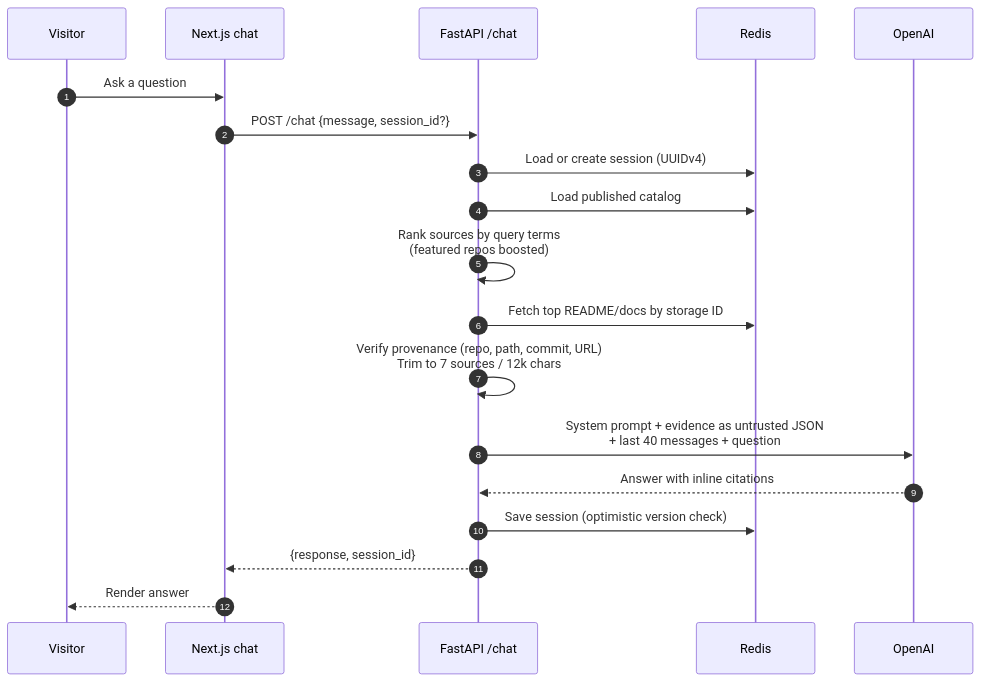
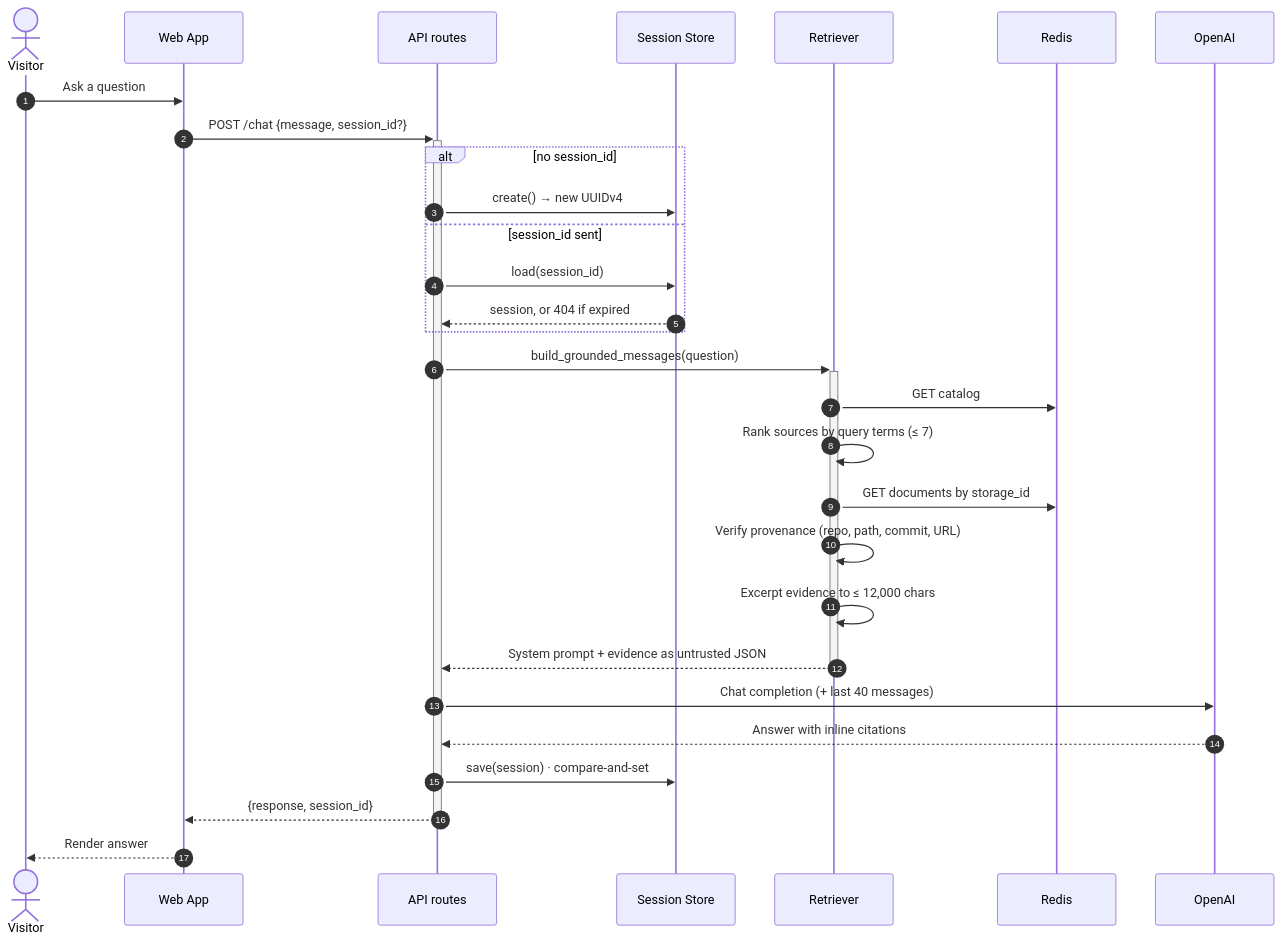
The fourth of 7 diagrams in README.md (Uzu-mak/digital-twin), drawn with Mermaid before and after one commit. The commit also changed other lines of this file, not shown here.

First line of the commit message:
Redraw README diagrams with C4 and UML conventions

````diff
--- a/README.md
+++ b/README.md
@@ -158,22 +234,32 @@
 ```mermaid
 sequenceDiagram
     autonumber
-    participant U as Visitor
-    participant FE as Next.js chat
-    participant API as FastAPI /chat
-    participant R as Redis
+    actor V as Visitor
+    participant W as Web App
+    participant A as API routes
+    participant S as Session Store
+    participant R as Retriever
+    participant D as Redis
     participant L as OpenAI
 
-    U->>FE: Ask a question
-    FE->>API: POST /chat {message, session_id?}
-    API->>R: Load or create session (UUIDv4)
-    API->>R: Load published catalog
-    API->>API: Rank sources by query terms<br/>(featured repos boosted)
-    API->>R: Fetch top README/docs by storage ID
-    API->>API: Verify provenance (repo, path, commit, URL)<br/>Trim to 7 sources / 12k chars
-    API->>L: System prompt + evidence as untrusted JSON<br/>+ last 40 messages + question
-    L-->>API: Answer with inline citations
-    API->>R: Save session (optimistic version check)
-    API-->>FE: {response, session_id}
-    FE-->>U: Render answer
+    V->>W: Ask a question
+    W->>+A: POST /chat {message, session_id?}
+    alt no session_id
+        A->>S: create() → new UUIDv4
+    else session_id sent
+        A->>S: load(session_id)
+        S-->>A: session, or 404 if expired
+    end
+    A->>+R: build_grounded_messages(question)
+    R->>D: GET catalog
+    R->>R: Rank sources by query terms (≤ 7)
+    R->>D: GET documents by storage_id
+    R->>R: Verify provenance (repo, path, commit, URL)
+    R->>R: Excerpt evidence to ≤ 12,000 chars
+    R-->>-A: System prompt + evidence as untrusted JSON
+    A->>L: Chat completion (+ last 40 messages)
+    L-->>A: Answer with inline citations
+    A->>S: save(session) · compare-and-set
+    A-->>-W: {response, session_id}
+    W-->>V: Render answer
 ```
````
